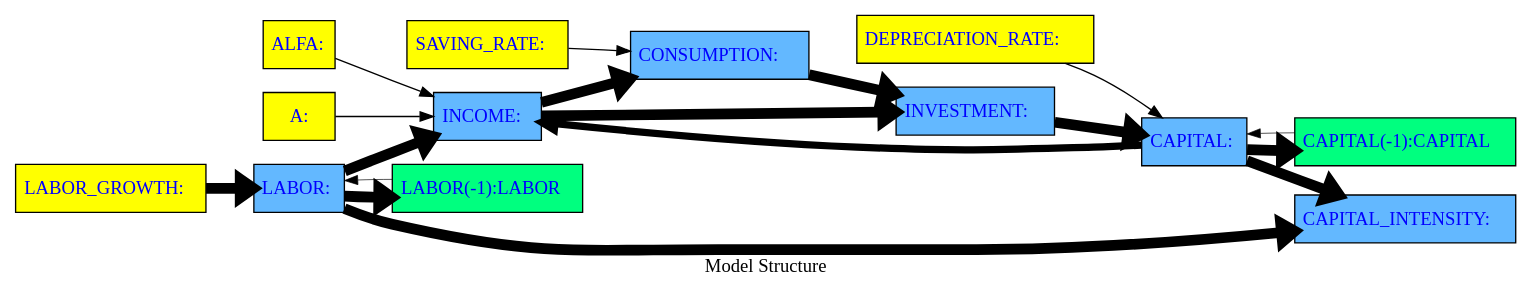
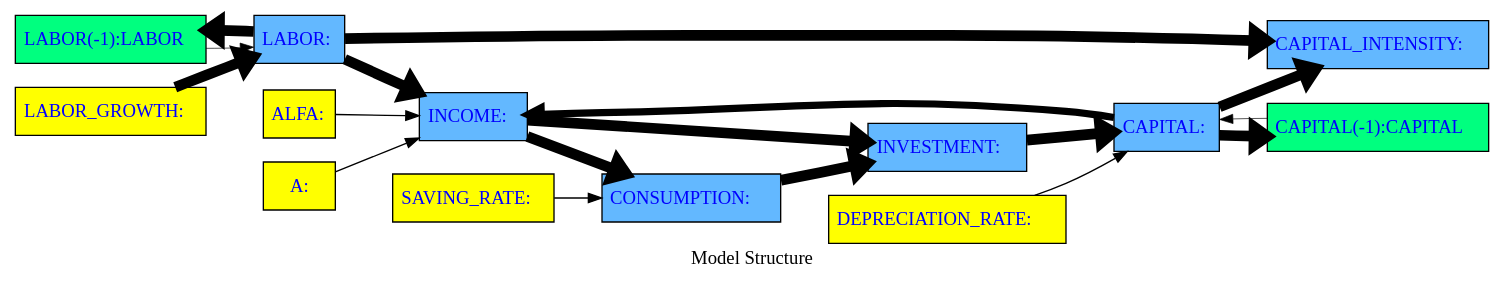
One commit to IbHansen/modelflow-manual changed the diagram in working_paper/thebook/content/notebooks/intro/graph/A_model_graph.gv. Above: the diagram before and after it, drawn with Graphviz. The commit also changed 36 other files, not shown here.

```diff
--- a/working_paper/thebook/content/notebooks/intro/graph/A_model_graph.gv
+++ b/working_paper/thebook/content/notebooks/intro/graph/A_model_graph.gv
@@ -1,35 +1,35 @@
 digraph TD { rankdir ="LR" 
 {node  [margin=0.025 fontcolor=blue style=filled ] 
- "LABOR" [ shape=box fillcolor= steelblue1 tooltip="LABOR&#10;FRML &lt;&gt; LABOR=LABOR(-1)+(LABOR_GROWTH * LABOR(-1))&#36;"  margin=0.025 fontcolor=blue style = filled  label=<<TABLE BORDER='0' CELLBORDER = '0' style = "filled"  > <TR><TD tooltip="LABOR&#10;FRML &lt;&gt; LABOR=LABOR(-1)+(LABOR_GROWTH * LABOR(-1))&#36;">LABOR:</TD></TR> </TABLE>> ]
+ "LABOR(-1)" [ shape=box fillcolor= springgreen tooltip="LABOR&#10;FRML &lt;&gt; LABOR=LABOR(-1)+(LABOR_GROWTH * LABOR(-1))&#36;"  margin=0.025 fontcolor=blue style = filled  label=<<TABLE BORDER='0' CELLBORDER = '0' style = "filled"  > <TR><TD tooltip="LABOR&#10;FRML &lt;&gt; LABOR=LABOR(-1)+(LABOR_GROWTH * LABOR(-1))&#36;">LABOR(-1):LABOR</TD></TR> </TABLE>> ]
+"CAPITAL_INTENSITY" [ shape=box fillcolor= steelblue1 tooltip="CAPITAL_INTENSITY&#10;FRML &lt;&gt; CAPITAL_INTENSITY = CAPITAL/LABOR  &#36;"  margin=0.025 fontcolor=blue style = filled  label=<<TABLE BORDER='0' CELLBORDER = '0' style = "filled"  > <TR><TD tooltip="CAPITAL_INTENSITY&#10;FRML &lt;&gt; CAPITAL_INTENSITY = CAPITAL/LABOR  &#36;">CAPITAL_INTENSITY:</TD></TR> </TABLE>> ]
+"SAVING_RATE" [ shape=box fillcolor= yellow tooltip="SAVING_RATE&#10;Exogen"  margin=0.025 fontcolor=blue style = filled  label=<<TABLE BORDER='0' CELLBORDER = '0' style = "filled"  > <TR><TD tooltip="SAVING_RATE&#10;Exogen">SAVING_RATE:</TD></TR> </TABLE>> ]
 "CAPITAL" [ shape=box fillcolor= steelblue1 tooltip="CAPITAL&#10;FRML &lt;&gt; CAPITAL=CAPITAL(-1)+(INVESTMENT-DEPRECIATION_RATE * CAPITAL(-1))&#36;"  margin=0.025 fontcolor=blue style = filled  label=<<TABLE BORDER='0' CELLBORDER = '0' style = "filled"  > <TR><TD tooltip="CAPITAL&#10;FRML &lt;&gt; CAPITAL=CAPITAL(-1)+(INVESTMENT-DEPRECIATION_RATE * CAPITAL(-1))&#36;">CAPITAL:</TD></TR> </TABLE>> ]
+"INVESTMENT" [ shape=box fillcolor= steelblue1 tooltip="INVESTMENT&#10;FRML &lt;&gt; INVESTMENT      = INCOME - CONSUMPTION    &#36;"  margin=0.025 fontcolor=blue style = filled  label=<<TABLE BORDER='0' CELLBORDER = '0' style = "filled"  > <TR><TD tooltip="INVESTMENT&#10;FRML &lt;&gt; INVESTMENT      = INCOME - CONSUMPTION    &#36;">INVESTMENT:</TD></TR> </TABLE>> ]
+"LABOR" [ shape=box fillcolor= steelblue1 tooltip="LABOR&#10;FRML &lt;&gt; LABOR=LABOR(-1)+(LABOR_GROWTH * LABOR(-1))&#36;"  margin=0.025 fontcolor=blue style = filled  label=<<TABLE BORDER='0' CELLBORDER = '0' style = "filled"  > <TR><TD tooltip="LABOR&#10;FRML &lt;&gt; LABOR=LABOR(-1)+(LABOR_GROWTH * LABOR(-1))&#36;">LABOR:</TD></TR> </TABLE>> ]
 "ALFA" [ shape=box fillcolor= yellow tooltip="ALFA&#10;Exogen"  margin=0.025 fontcolor=blue style = filled  label=<<TABLE BORDER='0' CELLBORDER = '0' style = "filled"  > <TR><TD tooltip="ALFA&#10;Exogen">ALFA:</TD></TR> </TABLE>> ]
+"CAPITAL(-1)" [ shape=box fillcolor= springgreen tooltip="CAPITAL&#10;FRML &lt;&gt; CAPITAL=CAPITAL(-1)+(INVESTMENT-DEPRECIATION_RATE * CAPITAL(-1))&#36;"  margin=0.025 fontcolor=blue style = filled  label=<<TABLE BORDER='0' CELLBORDER = '0' style = "filled"  > <TR><TD tooltip="CAPITAL&#10;FRML &lt;&gt; CAPITAL=CAPITAL(-1)+(INVESTMENT-DEPRECIATION_RATE * CAPITAL(-1))&#36;">CAPITAL(-1):CAPITAL</TD></TR> </TABLE>> ]
+"A" [ shape=box fillcolor= yellow tooltip="A&#10;Exogen"  margin=0.025 fontcolor=blue style = filled  label=<<TABLE BORDER='0' CELLBORDER = '0' style = "filled"  > <TR><TD tooltip="A&#10;Exogen">A:</TD></TR> </TABLE>> ]
 "LABOR_GROWTH" [ shape=box fillcolor= yellow tooltip="LABOR_GROWTH&#10;Exogen"  margin=0.025 fontcolor=blue style = filled  label=<<TABLE BORDER='0' CELLBORDER = '0' style = "filled"  > <TR><TD tooltip="LABOR_GROWTH&#10;Exogen">LABOR_GROWTH:</TD></TR> </TABLE>> ]
 "INCOME" [ shape=box fillcolor= steelblue1 tooltip="INCOME&#10;FRML &lt;&gt; INCOME          = A  * CAPITAL**ALFA * LABOR **(1-ALFA)  &#36;"  margin=0.025 fontcolor=blue style = filled  label=<<TABLE BORDER='0' CELLBORDER = '0' style = "filled"  > <TR><TD tooltip="INCOME&#10;FRML &lt;&gt; INCOME          = A  * CAPITAL**ALFA * LABOR **(1-ALFA)  &#36;">INCOME:</TD></TR> </TABLE>> ]
-"DEPRECIATION_RATE" [ shape=box fillcolor= yellow tooltip="DEPRECIATION_RATE&#10;Exogen"  margin=0.025 fontcolor=blue style = filled  label=<<TABLE BORDER='0' CELLBORDER = '0' style = "filled"  > <TR><TD tooltip="DEPRECIATION_RATE&#10;Exogen">DEPRECIATION_RATE:</TD></TR> </TABLE>> ]
-"A" [ shape=box fillcolor= yellow tooltip="A&#10;Exogen"  margin=0.025 fontcolor=blue style = filled  label=<<TABLE BORDER='0' CELLBORDER = '0' style = "filled"  > <TR><TD tooltip="A&#10;Exogen">A:</TD></TR> </TABLE>> ]
-"SAVING_RATE" [ shape=box fillcolor= yellow tooltip="SAVING_RATE&#10;Exogen"  margin=0.025 fontcolor=blue style = filled  label=<<TABLE BORDER='0' CELLBORDER = '0' style = "filled"  > <TR><TD tooltip="SAVING_RATE&#10;Exogen">SAVING_RATE:</TD></TR> </TABLE>> ]
 "CONSUMPTION" [ shape=box fillcolor= steelblue1 tooltip="CONSUMPTION&#10;FRML &lt;&gt; CONSUMPTION     = (1-SAVING_RATE)  * INCOME  &#36;"  margin=0.025 fontcolor=blue style = filled  label=<<TABLE BORDER='0' CELLBORDER = '0' style = "filled"  > <TR><TD tooltip="CONSUMPTION&#10;FRML &lt;&gt; CONSUMPTION     = (1-SAVING_RATE)  * INCOME  &#36;">CONSUMPTION:</TD></TR> </TABLE>> ]
-"LABOR(-1)" [ shape=box fillcolor= springgreen tooltip="LABOR&#10;FRML &lt;&gt; LABOR=LABOR(-1)+(LABOR_GROWTH * LABOR(-1))&#36;"  margin=0.025 fontcolor=blue style = filled  label=<<TABLE BORDER='0' CELLBORDER = '0' style = "filled"  > <TR><TD tooltip="LABOR&#10;FRML &lt;&gt; LABOR=LABOR(-1)+(LABOR_GROWTH * LABOR(-1))&#36;">LABOR(-1):LABOR</TD></TR> </TABLE>> ]
-"INVESTMENT" [ shape=box fillcolor= steelblue1 tooltip="INVESTMENT&#10;FRML &lt;&gt; INVESTMENT      = INCOME - CONSUMPTION    &#36;"  margin=0.025 fontcolor=blue style = filled  label=<<TABLE BORDER='0' CELLBORDER = '0' style = "filled"  > <TR><TD tooltip="INVESTMENT&#10;FRML &lt;&gt; INVESTMENT      = INCOME - CONSUMPTION    &#36;">INVESTMENT:</TD></TR> </TABLE>> ]
-"CAPITAL_INTENSITY" [ shape=box fillcolor= steelblue1 tooltip="CAPITAL_INTENSITY&#10;FRML &lt;&gt; CAPITAL_INTENSITY = CAPITAL/LABOR  &#36;"  margin=0.025 fontcolor=blue style = filled  label=<<TABLE BORDER='0' CELLBORDER = '0' style = "filled"  > <TR><TD tooltip="CAPITAL_INTENSITY&#10;FRML &lt;&gt; CAPITAL_INTENSITY = CAPITAL/LABOR  &#36;">CAPITAL_INTENSITY:</TD></TR> </TABLE>> ]
-"CAPITAL(-1)" [ shape=box fillcolor= springgreen tooltip="CAPITAL&#10;FRML &lt;&gt; CAPITAL=CAPITAL(-1)+(INVESTMENT-DEPRECIATION_RATE * CAPITAL(-1))&#36;"  margin=0.025 fontcolor=blue style = filled  label=<<TABLE BORDER='0' CELLBORDER = '0' style = "filled"  > <TR><TD tooltip="CAPITAL&#10;FRML &lt;&gt; CAPITAL=CAPITAL(-1)+(INVESTMENT-DEPRECIATION_RATE * CAPITAL(-1))&#36;">CAPITAL(-1):CAPITAL</TD></TR> </TABLE>> ] 
+"DEPRECIATION_RATE" [ shape=box fillcolor= yellow tooltip="DEPRECIATION_RATE&#10;Exogen"  margin=0.025 fontcolor=blue style = filled  label=<<TABLE BORDER='0' CELLBORDER = '0' style = "filled"  > <TR><TD tooltip="DEPRECIATION_RATE&#10;Exogen">DEPRECIATION_RATE:</TD></TR> </TABLE>> ] 
 } 
-"INCOME" -> "INVESTMENT" [ style = filled tooltip=" INCOME -> INVESTMENT Min. att. 2000%  max: 2000%" href="bogus" penwidth = 8.0 ]
+"A" -> "INCOME" [ style = filled tooltip=" A -> INCOME Min. att. -0%  max: -0%" href="bogus" penwidth = 1.0 ]
+"LABOR" -> "LABOR(-1)" [ style = filled tooltip=" LABOR -> LABOR(-1) Min. att. 0%  max: 100%" href="bogus" penwidth = 8.0 ]
+"LABOR_GROWTH" -> "LABOR" [ style = filled tooltip=" LABOR_GROWTH -> LABOR Min. att. 0%  max: 100%" href="bogus" penwidth = 8.0 ]
+"LABOR" -> "INCOME" [ style = filled tooltip=" LABOR -> INCOME Min. att. 59%  max: 97%" href="bogus" penwidth = 8.0 ]
 "SAVING_RATE" -> "CONSUMPTION" [ style = filled tooltip=" SAVING_RATE -> CONSUMPTION Min. att. 0%  max: 0%" href="bogus" penwidth = 1.0 ]
-"INCOME" -> "CONSUMPTION" [ style = filled tooltip=" INCOME -> CONSUMPTION Min. att. 100%  max: 100%" href="bogus" penwidth = 8.0 ]
-"ALFA" -> "INCOME" [ style = filled tooltip=" ALFA -> INCOME Min. att. -0%  max: -0%" href="bogus" penwidth = 1.0 ]
-"CAPITAL" -> "CAPITAL(-1)" [ style = filled tooltip=" CAPITAL -> CAPITAL(-1) Min. att. 0%  max: 94%" href="bogus" penwidth = 8.0 ]
-"LABOR" -> "CAPITAL_INTENSITY" [ style = filled tooltip=" LABOR -> CAPITAL_INTENSITY Min. att. 103%  max: 1269%" href="bogus" penwidth = 8.0 ]
-"CAPITAL(-1)" -> "CAPITAL" [ style = filled tooltip=NA href="bogus" penwidth = 0.5 ]
-"LABOR_GROWTH" -> "LABOR" [ style = filled tooltip=" LABOR_GROWTH -> LABOR Min. att. 0%  max: 100%" href="bogus" penwidth = 8.0 ]
-"DEPRECIATION_RATE" -> "CAPITAL" [ style = filled tooltip=" DEPRECIATION_RATE -> CAPITAL Min. att. 0%  max: 0%" href="bogus" penwidth = 1.0 ]
-"CAPITAL" -> "INCOME" [ style = filled tooltip=" CAPITAL -> INCOME Min. att. 3%  max: 54%" href="bogus" penwidth = 5.422974734681451 ]
 "INVESTMENT" -> "CAPITAL" [ style = filled tooltip=" INVESTMENT -> CAPITAL Min. att. 6%  max: 100%" href="bogus" penwidth = 8.0 ]
 "CONSUMPTION" -> "INVESTMENT" [ style = filled tooltip=" CONSUMPTION -> INVESTMENT Min. att. -1900%  max: -1900%" href="bogus" penwidth = 8.0 ]
+"ALFA" -> "INCOME" [ style = filled tooltip=" ALFA -> INCOME Min. att. -0%  max: -0%" href="bogus" penwidth = 1.0 ]
+"LABOR" -> "CAPITAL_INTENSITY" [ style = filled tooltip=" LABOR -> CAPITAL_INTENSITY Min. att. 103%  max: 1269%" href="bogus" penwidth = 8.0 ]
 "LABOR(-1)" -> "LABOR" [ style = filled tooltip=NA href="bogus" penwidth = 0.5 ]
-"LABOR" -> "INCOME" [ style = filled tooltip=" LABOR -> INCOME Min. att. 59%  max: 97%" href="bogus" penwidth = 8.0 ]
+"DEPRECIATION_RATE" -> "CAPITAL" [ style = filled tooltip=" DEPRECIATION_RATE -> CAPITAL Min. att. 0%  max: 0%" href="bogus" penwidth = 1.0 ]
+"INCOME" -> "CONSUMPTION" [ style = filled tooltip=" INCOME -> CONSUMPTION Min. att. 100%  max: 100%" href="bogus" penwidth = 8.0 ]
+"INCOME" -> "INVESTMENT" [ style = filled tooltip=" INCOME -> INVESTMENT Min. att. 2000%  max: 2000%" href="bogus" penwidth = 8.0 ]
+"CAPITAL" -> "INCOME" [ style = filled tooltip=" CAPITAL -> INCOME Min. att. 3%  max: 54%" href="bogus" penwidth = 5.422974734681451 ]
+"CAPITAL(-1)" -> "CAPITAL" [ style = filled tooltip=NA href="bogus" penwidth = 0.5 ]
+"CAPITAL" -> "CAPITAL(-1)" [ style = filled tooltip=" CAPITAL -> CAPITAL(-1) Min. att. 0%  max: 94%" href="bogus" penwidth = 8.0 ]
 "CAPITAL" -> "CAPITAL_INTENSITY" [ style = filled tooltip=" CAPITAL -> CAPITAL_INTENSITY Min. att. -647%  max: -3%" href="bogus" penwidth = 8.0 ]
-"A" -> "INCOME" [ style = filled tooltip=" A -> INCOME Min. att. -0%  max: -0%" href="bogus" penwidth = 1.0 ]
-"LABOR" -> "LABOR(-1)" [ style = filled tooltip=" LABOR -> LABOR(-1) Min. att. 0%  max: 100%" href="bogus" penwidth = 8.0 ]
  label = "Model Structure";
 }
```
